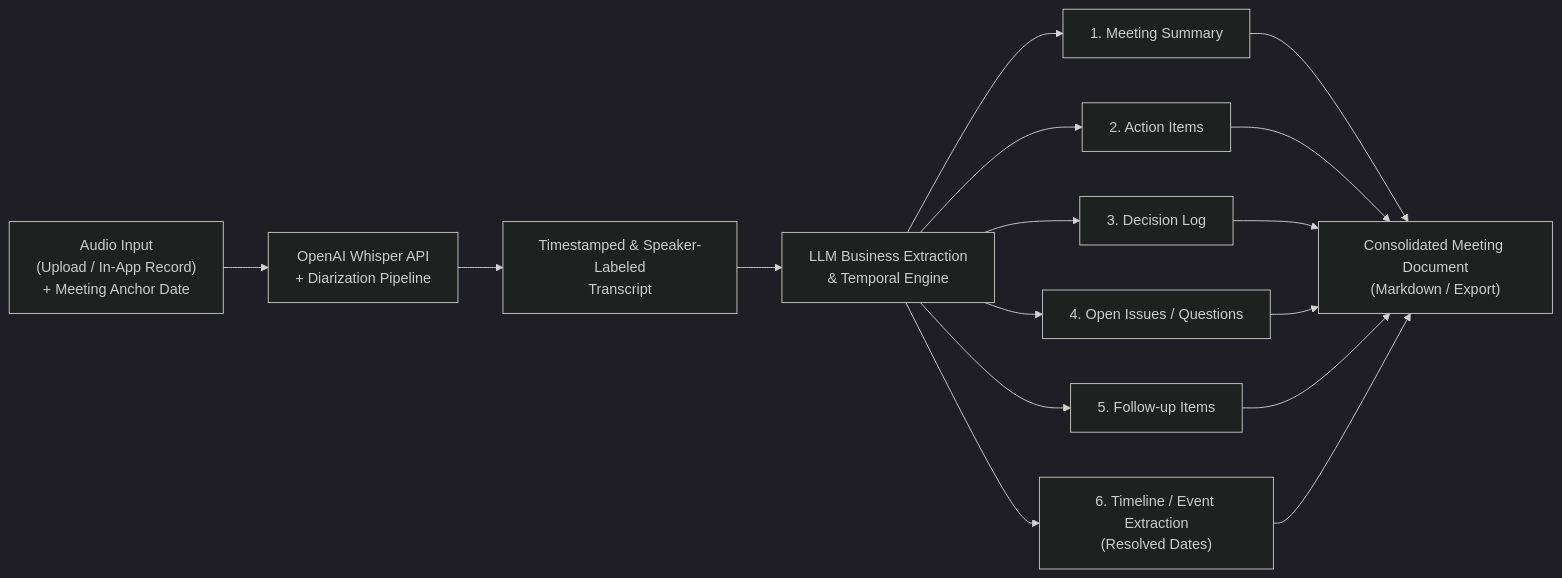
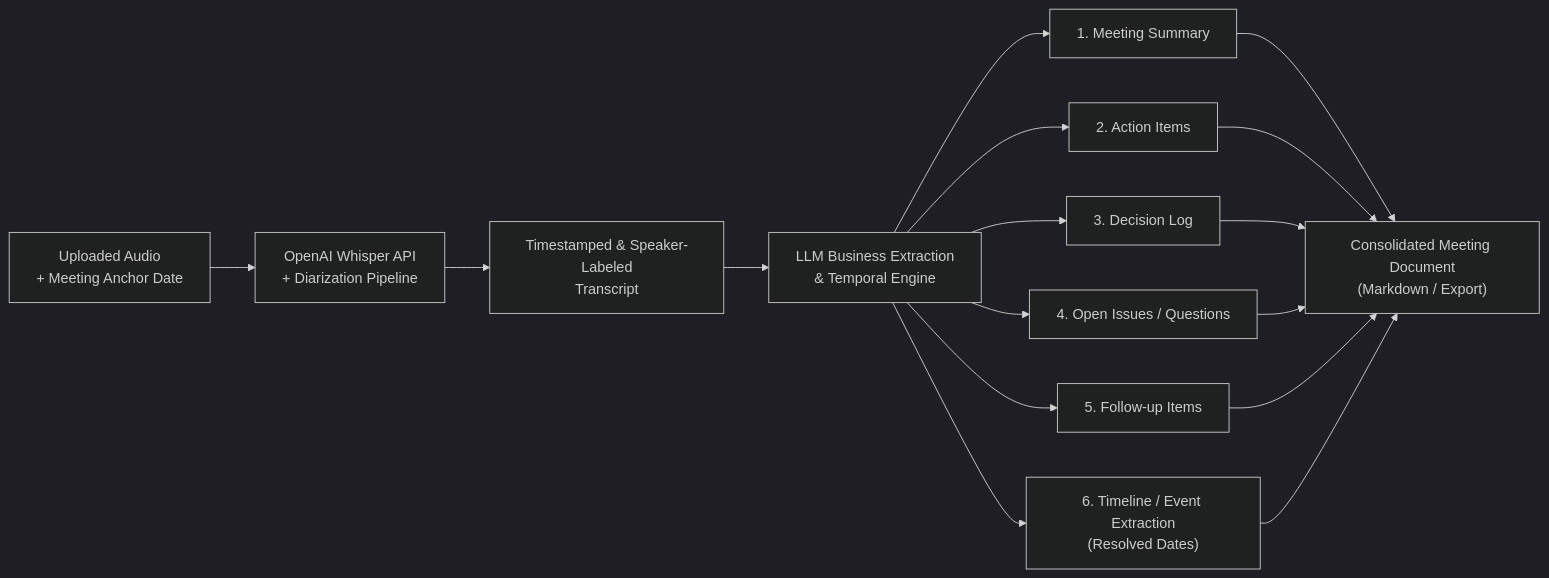
Before and after one commit to vietquang8071/se2026-t15: the diagram in docs/product-description.md, drawn with Mermaid (dark theme). The commit also changed other lines of this file and 12 other files, not shown here.

Commit message:
feat(web): add meeting minutes frontend flow

````diff
--- a/docs/product-description.md
+++ b/docs/product-description.md
@@ -68,13 +63,13 @@
 ```mermaid
 flowchart LR
-    A["Audio Input<br/>(Upload / In-App Record)<br/>+ Meeting Anchor Date"] --> B["OpenAI Whisper API<br/>+ Diarization Pipeline"]
+    A["Uploaded Audio<br/>+ Meeting Anchor Date"] --> B["OpenAI Whisper API<br/>+ Diarization Pipeline"]
     B --> C["Timestamped & Speaker-Labeled<br/>Transcript"]
     C --> D["LLM Business Extraction<br/>& Temporal Engine"]
     D --> E1["1. Meeting Summary"]
     D --> E2["2. Action Items"]
     D --> E3["3. Decision Log"]
     D --> E4["4. Open Issues / Questions"]
     D --> E5["5. Follow-up Items"]
     D --> E6["6. Timeline / Event Extraction<br/>(Resolved Dates)"]
     E1 & E2 & E3 & E4 & E5 & E6 --> F["Consolidated Meeting Document<br/>(Markdown / Export)"]
 ```
````
